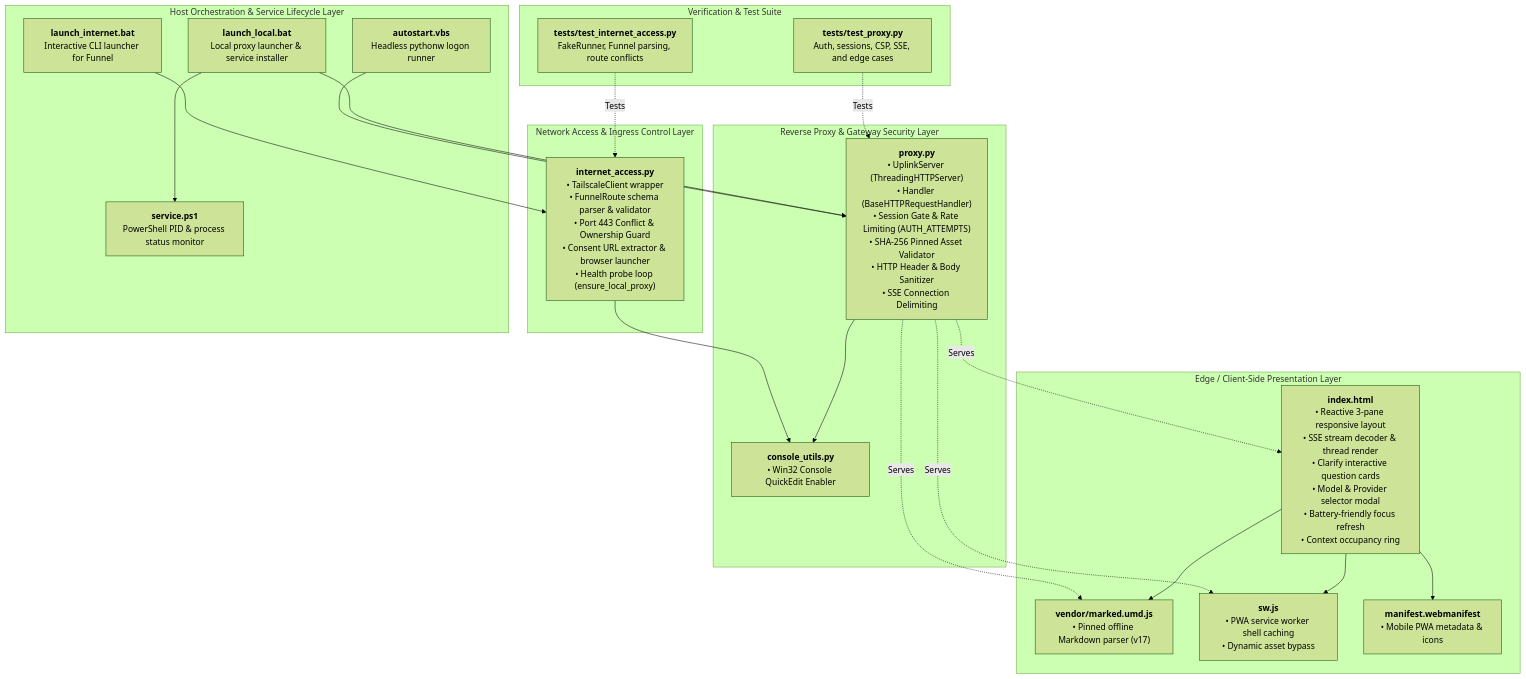
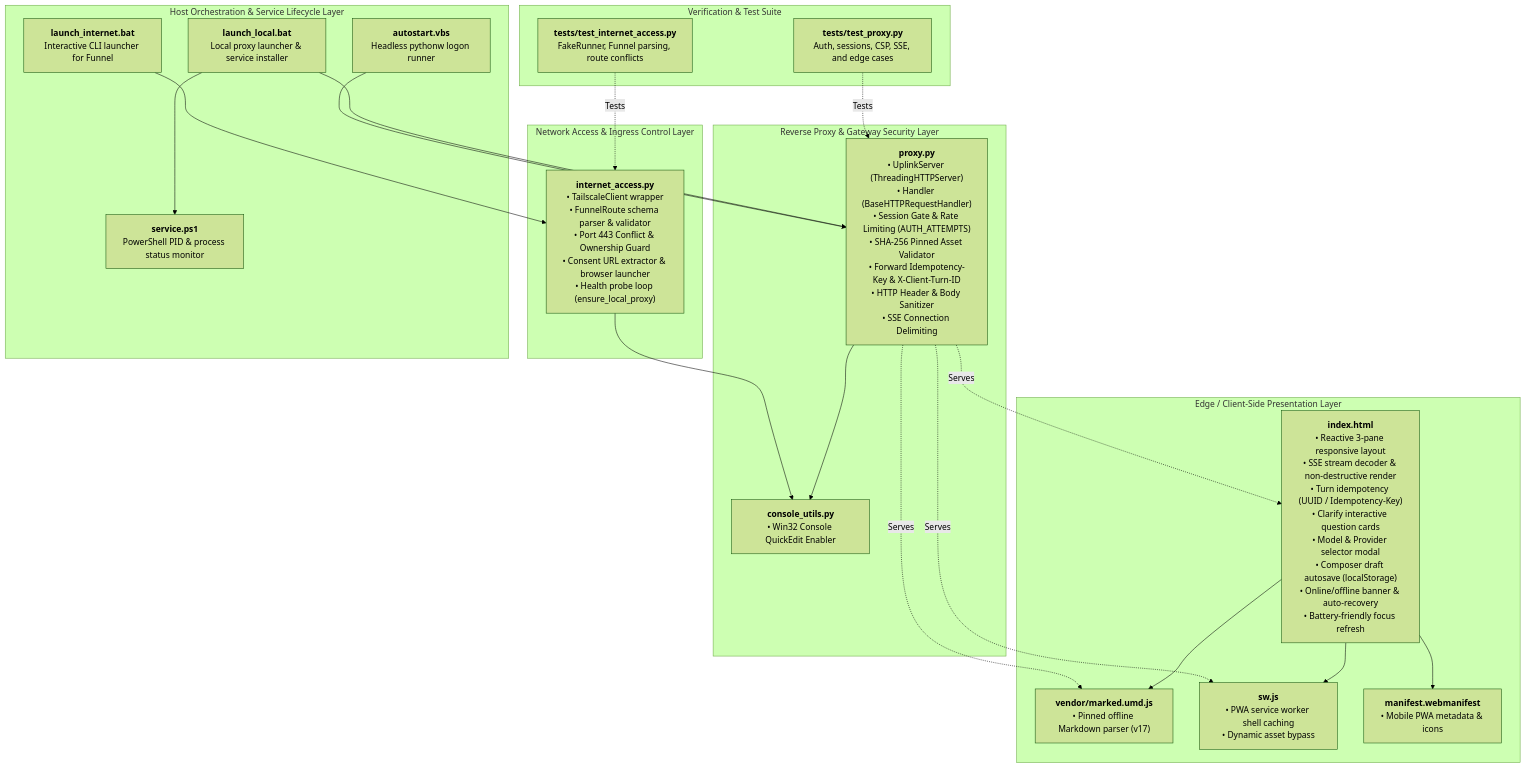
The second of 6 diagrams in ARCHITECTURE.md (mr-september/hermes-uplink), drawn with Mermaid (forest theme) before and after one commit. The commit also changed other lines of this file and 1 other file, not shown here.

First line of the commit message:
docs(arch): sync ARCHITECTURE.md for connectivity hardening + add completion report

````diff
--- a/ARCHITECTURE.md
+++ b/ARCHITECTURE.md
@@ -103,49 +103,49 @@
 ```mermaid
 graph TD
     subgraph FRONTEND["Edge / Client-Side Presentation Layer"]
-        INDEX_HTML["<b>index.html</b><br/>• Reactive 3-pane responsive layout<br/>• SSE stream decoder & thread render<br/>• Clarify interactive question cards<br/>• Model & Provider selector modal<br/>• Battery-friendly focus refresh<br/>• Context occupancy ring"]
+        INDEX_HTML["<b>index.html</b><br/>• Reactive 3-pane responsive layout<br/>• SSE stream decoder & non-destructive render<br/>• Turn idempotency (UUID / Idempotency-Key)<br/>• Clarify interactive question cards<br/>• Model & Provider selector modal<br/>• Composer draft autosave (localStorage)<br/>• Online/offline banner & auto-recovery<br/>• Battery-friendly focus refresh"]
         VENDOR_MARKED["<b>vendor/marked.umd.js</b><br/>• Pinned offline Markdown parser (v17)"]
         SW_JS["<b>sw.js</b><br/>• PWA service worker shell caching<br/>• Dynamic asset bypass"]
         MANIFEST["<b>manifest.webmanifest</b><br/>• Mobile PWA metadata & icons"]
     end
 
     subgraph PROXY_LAYER["Reverse Proxy & Gateway Security Layer"]
-        PROXY_PY["<b>proxy.py</b><br/>• UplinkServer (ThreadingHTTPServer)<br/>• Handler (BaseHTTPRequestHandler)<br/>• Session Gate & Rate Limiting (AUTH_ATTEMPTS)<br/>• SHA-256 Pinned Asset Validator<br/>• HTTP Header & Body Sanitizer<br/>• SSE Connection Delimiting"]
+        PROXY_PY["<b>proxy.py</b><br/>• UplinkServer (ThreadingHTTPServer)<br/>• Handler (BaseHTTPRequestHandler)<br/>• Session Gate & Rate Limiting (AUTH_ATTEMPTS)<br/>• SHA-256 Pinned Asset Validator<br/>• Forward Idempotency-Key & X-Client-Turn-ID<br/>• HTTP Header & Body Sanitizer<br/>• SSE Connection Delimiting"]
         CONSOLE_UTILS["<b>console_utils.py</b><br/>• Win32 Console QuickEdit Enabler"]
     end
 
     subgraph TUNNEL_LAYER["Network Access & Ingress Control Layer"]
         NET_ACCESS["<b>internet_access.py</b><br/>• TailscaleClient wrapper<br/>• FunnelRoute schema parser & validator<br/>• Port 443 Conflict & Ownership Guard<br/>• Consent URL extractor & browser launcher<br/>• Health probe loop (ensure_local_proxy)"]
     end
 
     subgraph CONTROL_LAYER["Host Orchestration & Service Lifecycle Layer"]
         LAUNCH_INT_BAT["<b>launch_internet.bat</b><br/>Interactive CLI launcher for Funnel"]
         LAUNCH_LOC_BAT["<b>launch_local.bat</b><br/>Local proxy launcher & service installer"]
         AUTOSTART_VBS["<b>autostart.vbs</b><br/>Headless pythonw logon runner"]
         SERVICE_PS1["<b>service.ps1</b><br/>PowerShell PID & process status monitor"]
     end
 
     subgraph TEST_SUITE["Verification & Test Suite"]
         TEST_PROXY["<b>tests/test_proxy.py</b><br/>Auth, sessions, CSP, SSE, and edge cases"]
         TEST_NET["<b>tests/test_internet_access.py</b><br/>FakeRunner, Funnel parsing, route conflicts"]
     end
 
     %% Dependencies
     INDEX_HTML --> VENDOR_MARKED
     INDEX_HTML --> SW_JS
     INDEX_HTML --> MANIFEST
     
     PROXY_PY --> CONSOLE_UTILS
     PROXY_PY -.->|"Serves"| INDEX_HTML
     PROXY_PY -.->|"Serves"| VENDOR_MARKED
     PROXY_PY -.->|"Serves"| SW_JS
 
     NET_ACCESS --> CONSOLE_UTILS
     LAUNCH_INT_BAT --> NET_ACCESS
     LAUNCH_LOC_BAT --> PROXY_PY
     LAUNCH_LOC_BAT --> SERVICE_PS1
     AUTOSTART_VBS --> PROXY_PY
 
     TEST_PROXY -.->|"Tests"| PROXY_PY
     TEST_NET -.->|"Tests"| NET_ACCESS
 ```
````
